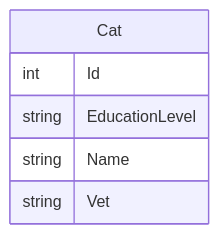
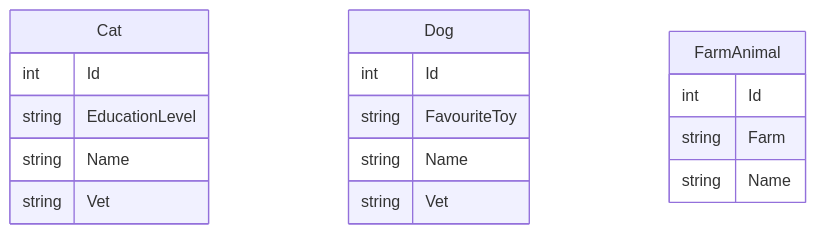
One commit to danielmackay/dotnet-ef-core-samples changed the second of 2 diagrams in TablePerHierarchy/readme.md. Above: the diagram before and after it, drawn with Mermaid. The commit also changed 8 other files, not shown here.

````diff
--- a/TablePerHierarchy/readme.md
+++ b/TablePerHierarchy/readme.md
@@ -29,9 +29,22 @@
 ```mermaid
 erDiagram
     Cat {
         int Id
         string EducationLevel
         string Name
         string Vet
     }
+
+    Dog {
+        int Id
+        string FavouriteToy
+        string Name
+        string Vet
+    }
+
+    FarmAnimal {
+        int Id
+        string Farm
+        string Name
+    }
 ```
````
